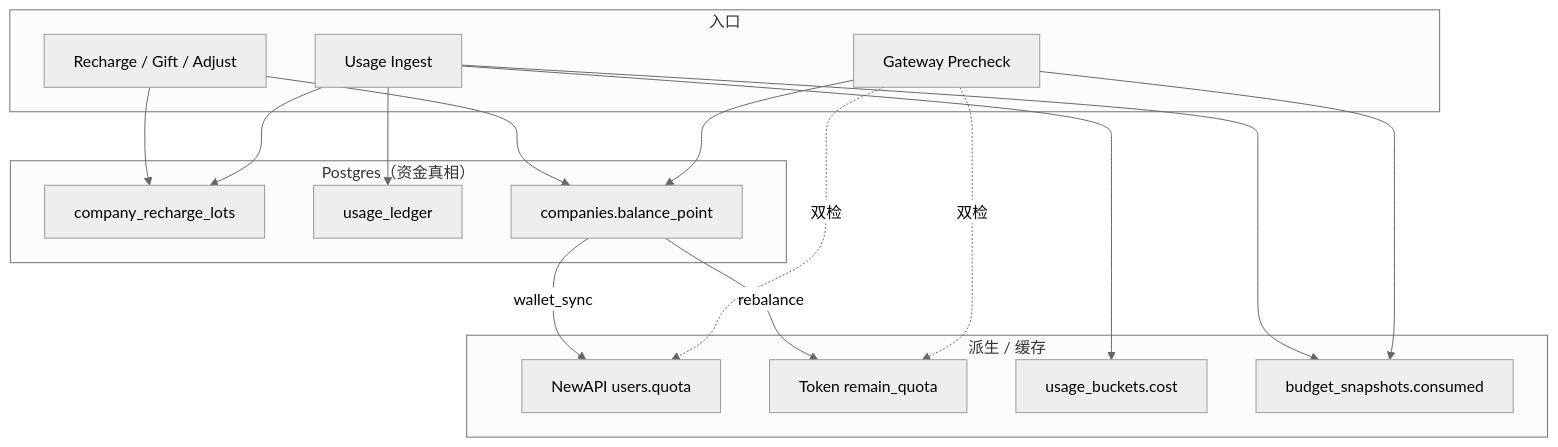
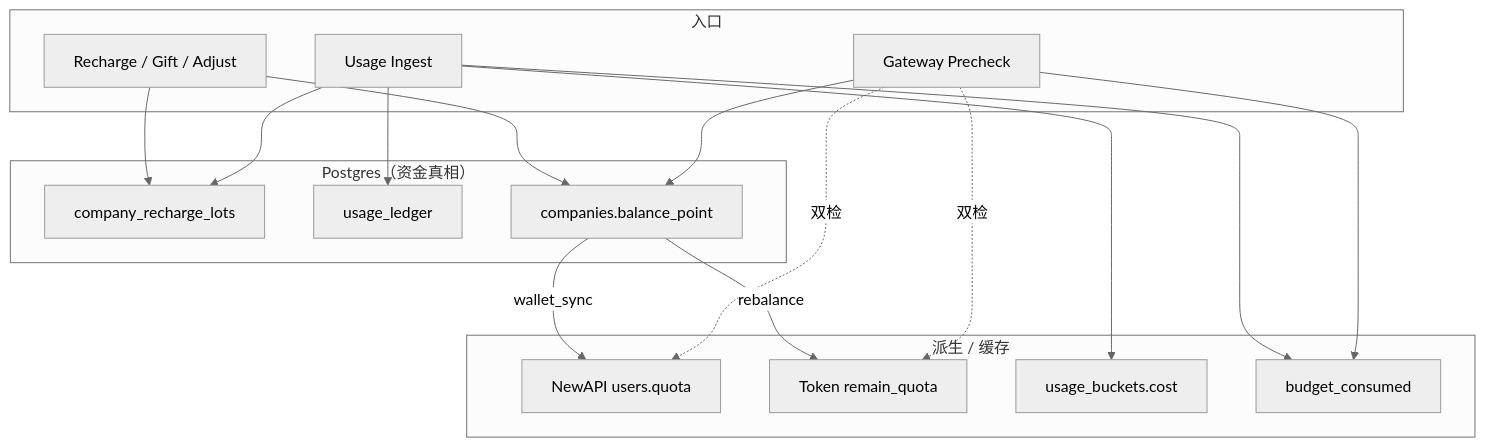
Before and after one commit to quyip8818/mytokenjoy: the second of 7 diagrams in docs/Backend-计费模式.md, drawn with Mermaid (neutral theme). The commit also changed other lines of this file and 16 other files, not shown here.

````diff
--- a/docs/Backend-计费模式.md
+++ b/docs/Backend-计费模式.md
@@ -87,34 +87,34 @@
 ```mermaid
 flowchart TB
     subgraph SSOT["Postgres（资金真相）"]
         LOT[company_recharge_lots]
         LED[usage_ledger]
         BP[companies.balance_point]
     end
 
     subgraph Derived["派生 / 缓存"]
         NA[NewAPI users.quota]
         TK[Token remain_quota]
         BK[usage_buckets.cost]
-        SN[budget_snapshots.consumed]
+        SN[budget_consumed]
     end
 
     subgraph Entry["入口"]
         GW[Gateway Precheck]
         ING[Usage Ingest]
         RCH[Recharge / Gift / Adjust]
     end
 
     RCH --> LOT
     RCH --> BP
     ING --> LOT
     ING --> LED
     ING --> SN
     ING --> BK
     BP -->|wallet_sync| NA
     BP -->|rebalance| TK
     GW --> BP
     GW --> SN
     GW -.->|双检| NA
     GW -.->|双检| TK
 ```
````
